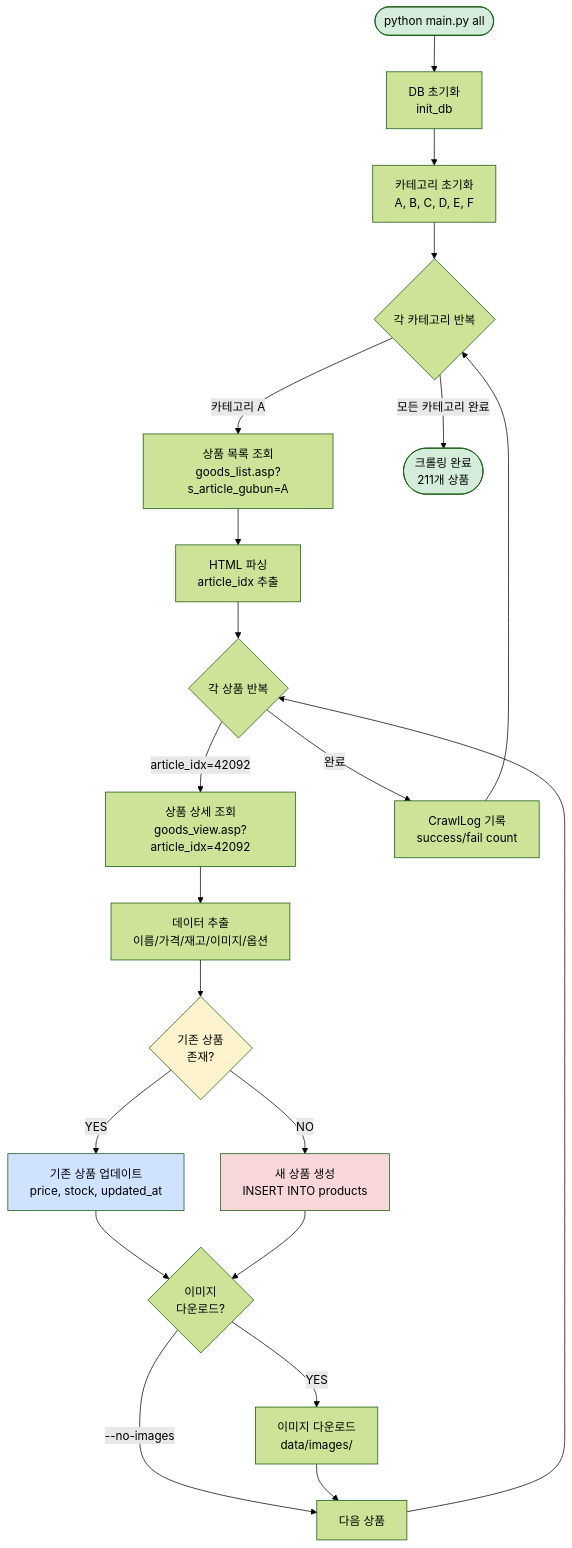
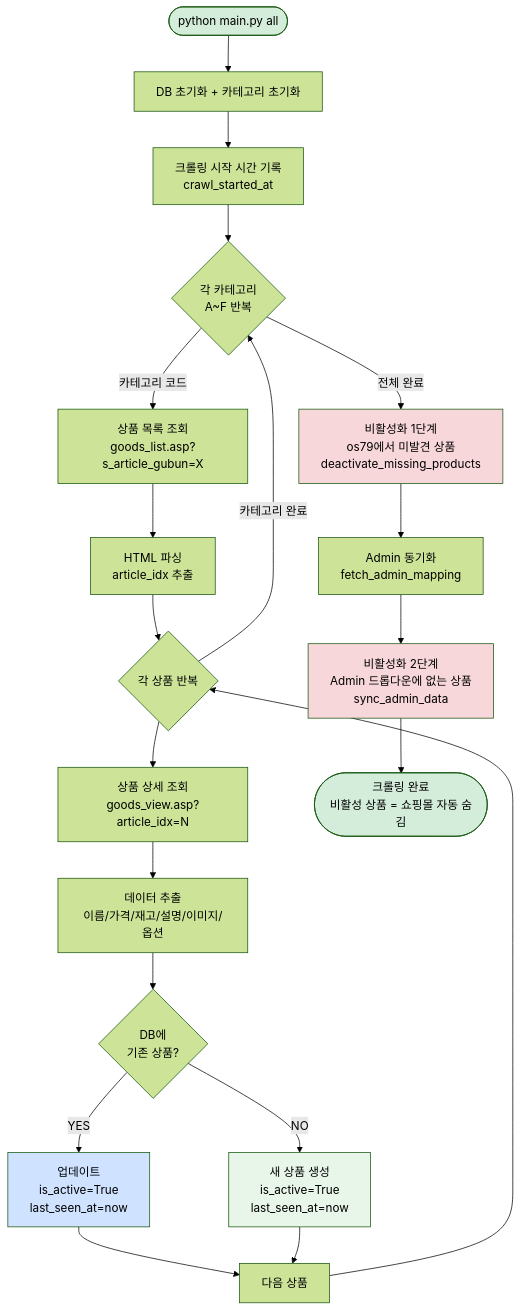
The second of 9 diagrams in PROJECT_DOCUMENTATION.md (Yejinius/Fruits_final), drawn with Mermaid (forest theme) before and after one commit. The commit also changed other lines of this file and 678 other files, not shown here.

````diff
--- a/PROJECT_DOCUMENTATION.md
+++ b/PROJECT_DOCUMENTATION.md
@@ -64,41 +87,38 @@
 ```mermaid
 flowchart TD
-    START([python main.py all]) --> INIT[DB 초기화<br/>init_db]
-    INIT --> INITCAT[카테고리 초기화<br/>A, B, C, D, E, F]
+    START([python main.py all]) --> INIT[DB 초기화 + 카테고리 초기화]
+    INIT --> RECORD_TIME[크롤링 시작 시간 기록<br/>crawl_started_at]
 
-    INITCAT --> LOOP1{각 카테고리 반복}
+    RECORD_TIME --> LOOP1{각 카테고리<br/>A~F 반복}
 
-    LOOP1 -->|카테고리 A| LIST1[상품 목록 조회<br/>goods_list.asp?s_article_gubun=A]
-    LIST1 --> PARSE1[HTML 파싱<br/>article_idx 추출]
+    LOOP1 -->|카테고리 코드| LIST[상품 목록 조회<br/>goods_list.asp?s_article_gubun=X]
+    LIST --> PARSE[HTML 파싱<br/>article_idx 추출]
 
-    PARSE1 --> LOOP2{각 상품 반복}
+    PARSE --> LOOP2{각 상품 반복}
+    LOOP2 --> DETAIL[상품 상세 조회<br/>goods_view.asp?article_idx=N]
+    DETAIL --> EXTRACT[데이터 추출<br/>이름/가격/재고/설명/이미지/옵션]
 
-    LOOP2 -->|article_idx=42092| DETAIL[상품 상세 조회<br/>goods_view.asp?article_idx=42092]
+    EXTRACT --> CHECK{DB에<br/>기존 상품?}
+    CHECK -->|YES| UPDATE[업데이트<br/>is_active=True<br/>last_seen_at=now]
+    CHECK -->|NO| INSERT[새 상품 생성<br/>is_active=True<br/>last_seen_at=now]
 
-    DETAIL --> EXTRACT[데이터 추출<br/>이름/가격/재고/이미지/옵션]
+    UPDATE --> NEXT[다음 상품]
+    INSERT --> NEXT
+    NEXT --> LOOP2
 
-    EXTRACT --> CHECK{기존 상품<br/>존재?}
+    LOOP2 -->|카테고리 완료| LOOP1
 
-    CHECK -->|YES| UPDATE[기존 상품 업데이트<br/>price, stock, updated_at]
-    CHECK -->|NO| INSERT[새 상품 생성<br/>INSERT INTO products]
+    LOOP1 -->|전체 완료| DEACT1[비활성화 1단계<br/>os79에서 미발견 상품<br/>deactivate_missing_products]
 
-    UPDATE --> IMG{이미지<br/>다운로드?}
-    INSERT --> IMG
+    DEACT1 --> ADMIN_SYNC[Admin 동기화<br/>fetch_admin_mapping]
+    ADMIN_SYNC --> DEACT2[비활성화 2단계<br/>Admin 드롭다운에 없는 상품<br/>sync_admin_data]
 
-    IMG -->|--no-images| NEXT1
-    IMG -->|YES| DOWNLOAD[이미지 다운로드<br/>data/images/]
-
-    DOWNLOAD --> NEXT1[다음 상품]
-    NEXT1 --> LOOP2
-
-    LOOP2 -->|완료| LOG[CrawlLog 기록<br/>success/fail count]
-    LOG --> LOOP1
-
-    LOOP1 -->|모든 카테고리 완료| END([크롤링 완료<br/>211개 상품])
+    DEACT2 --> END([크롤링 완료<br/>비활성 상품 = 쇼핑몰 자동 숨김])
 
     style START fill:#d4edda
     style END fill:#d4edda
-    style CHECK fill:#fff3cd
+    style DEACT1 fill:#f8d7da
+    style DEACT2 fill:#f8d7da
     style UPDATE fill:#cfe2ff
-    style INSERT fill:#f8d7da
+    style INSERT fill:#e8f5e9
 ```
````
